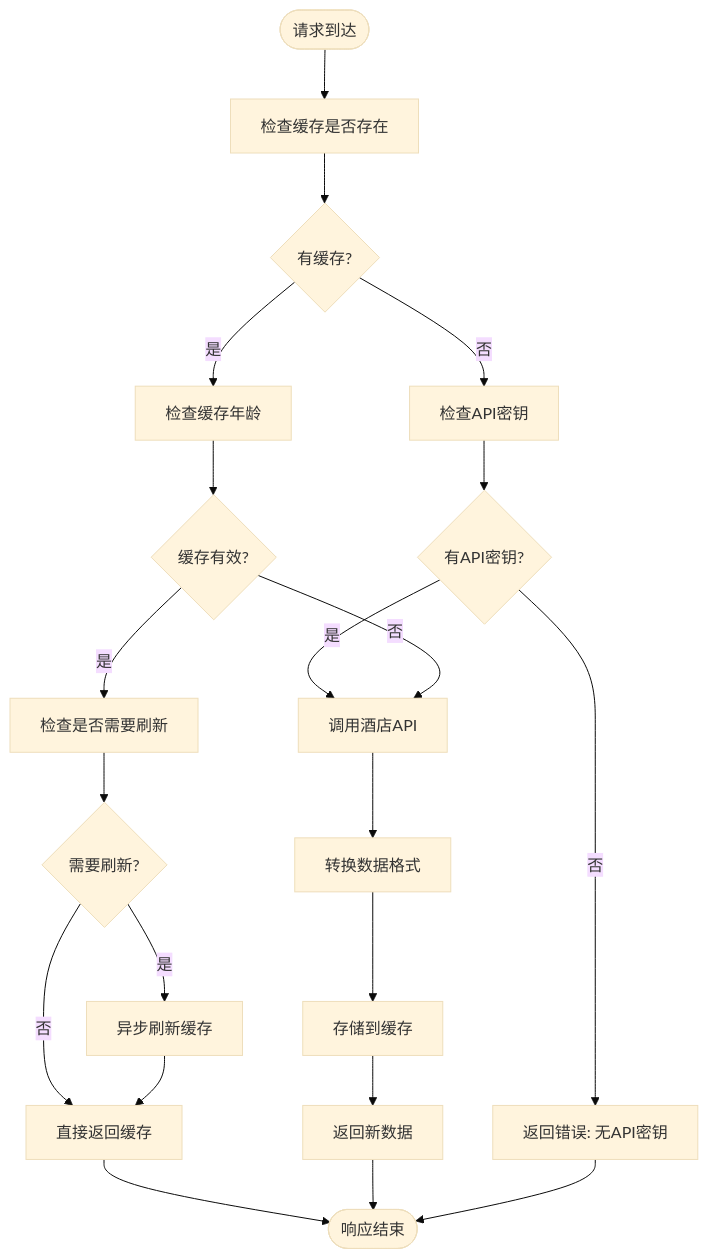
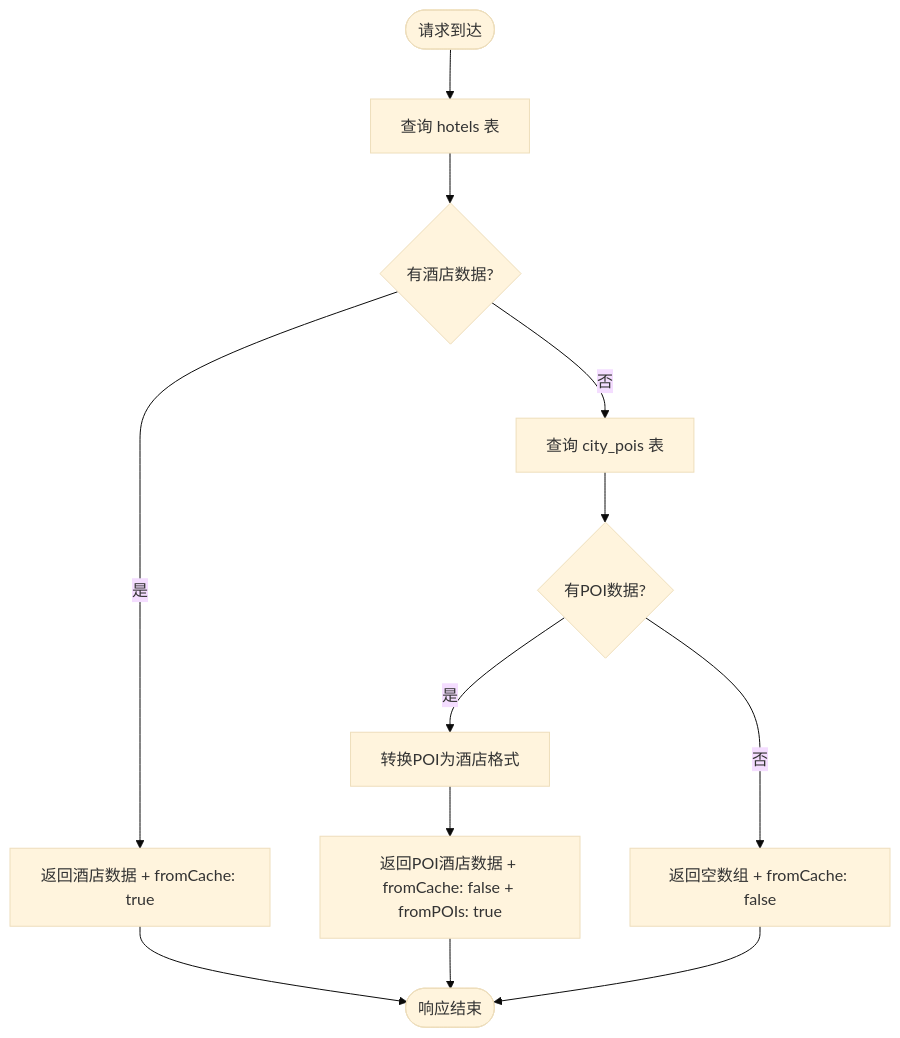
Before and after one commit to ititjjy/AITrip-plan: the fourth of 5 diagrams in .qoder/repowiki/zh/content/后端API架构/API端点设计/酒店数据接口.md, drawn with Mermaid (base theme). The commit also changed other lines of this file and 144 other files, not shown here.

````diff
--- a/.qoder/repowiki/zh/content/后端API架构/API端点设计/酒店数据接口.md
+++ b/.qoder/repowiki/zh/content/后端API架构/API端点设计/酒店数据接口.md
@@ -199,23 +189,14 @@
 ```mermaid
 flowchart TD
-Start([请求到达]) --> CheckCache["检查缓存是否存在"]
-CheckCache --> HasCache{"有缓存?"}
-HasCache --> |是| CheckAge["检查缓存年龄"]
-HasCache --> |否| CheckAPIKey["检查API密钥"]
-CheckAPIKey --> HasKey{"有API密钥?"}
-HasKey --> |否| ReturnError["返回错误: 无API密钥"]
-HasKey --> |是| CallAPI["调用酒店API"]
-CallAPI --> TransformData["转换数据格式"]
-TransformData --> StoreCache["存储到缓存"]
-StoreCache --> ReturnFresh["返回新数据"]
-CheckAge --> AgeValid{"缓存有效?"}
-AgeValid --> |是| CheckRefresh["检查是否需要刷新"]
-CheckRefresh --> NeedsRefresh{"需要刷新?"}
-NeedsRefresh --> |是| AsyncRefresh["异步刷新缓存"]
-NeedsRefresh --> |否| ReturnCache["直接返回缓存"]
-AsyncRefresh --> ReturnCache
-AgeValid --> |否| CallAPI
-ReturnCache --> End([响应结束])
-ReturnFresh --> End
-ReturnError --> End
+Start([请求到达]) --> QueryHotels["查询 hotels 表"]
+QueryHotels --> HasHotels{"有酒店数据?"}
+HasHotels --> |是| ReturnHotels["返回酒店数据 + fromCache: true"]
+HasHotels --> |否| QueryPOIs["查询 city_pois 表"]
+QueryPOIs --> HasPOIs{"有POI数据?"}
+HasPOIs --> |是| ConvertPOIs["转换POI为酒店格式"]
+ConvertPOIs --> ReturnPOIs["返回POI酒店数据 + fromCache: false + fromPOIs: true"]
+HasPOIs --> |否| ReturnEmpty["返回空数组 + fromCache: false"]
+ReturnHotels --> End([响应结束])
+ReturnPOIs --> End
+ReturnEmpty --> End
 ```
````
